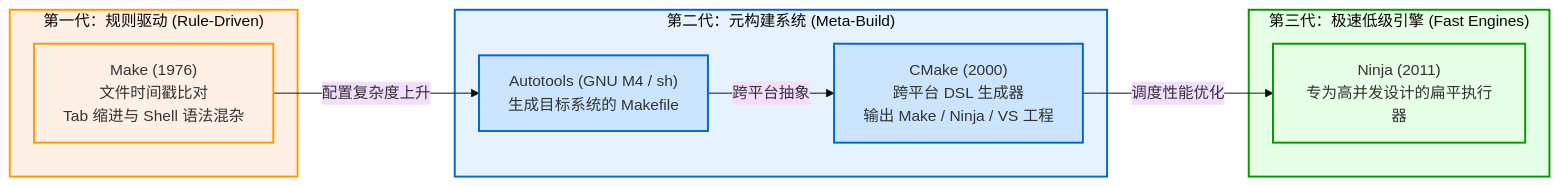
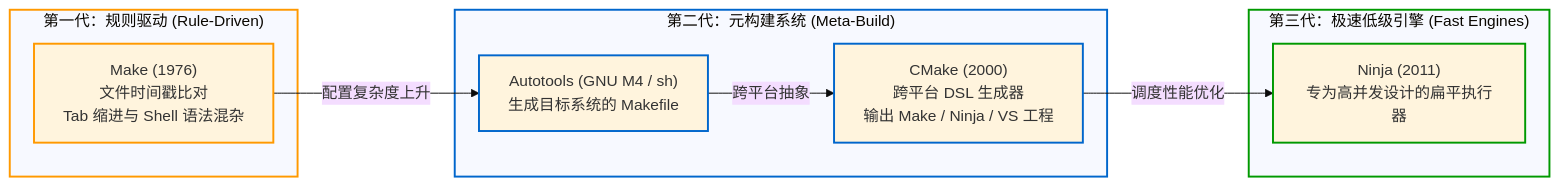
Before and after one commit to jiacai2050/x: the first of 2 diagrams in zig-build/src/philosophy/history-and-pain-points.md, drawn with Mermaid (base theme). The commit also changed other lines of this file and 65 other files, not shown here.

````diff
--- a/zig-build/src/philosophy/history-and-pain-points.md
+++ b/zig-build/src/philosophy/history-and-pain-points.md
@@ -11,28 +11,28 @@
 ```mermaid
 graph LR
     subgraph S_Gen1 ["第一代：规则驱动 (Rule-Driven)"]
         G1_Make["Make (1976)<br/>文件时间戳比对<br/>Tab 缩进与 Shell 语法混杂"]
     end
 
     subgraph S_Gen2 ["第二代：元构建系统 (Meta-Build)"]
         G2_Auto["Autotools (GNU M4 / sh)<br/>生成目标系统的 Makefile"]
         G2_CMake["CMake (2000)<br/>跨平台 DSL 生成器<br/>输出 Make / Ninja / VS 工程"]
     end
 
     subgraph S_Gen3 ["第三代：极速低级引擎 (Fast Engines)"]
         G3_Ninja["Ninja (2011)<br/>专为高并发设计的扁平执行器"]
     end
 
     G1_Make -- "配置复杂度上升" --> G2_Auto
     G2_Auto -- "跨平台抽象" --> G2_CMake
     G2_CMake -- "调度性能优化" --> G3_Ninja
 
-    classDef default fill:#f8f9fa,stroke:#495057;
-    style S_Gen1 fill:#fff0e6,stroke:#ff9900,stroke-width:2px;
-    style S_Gen2 fill:#e6f3ff,stroke:#0066cc,stroke-width:2px;
-    style S_Gen3 fill:#e6ffe6,stroke:#009900,stroke-width:2px;
-    style G1_Make fill:#fff0e6,stroke:#ff9900,stroke-width:2px;
-    style G2_Auto fill:#cce5ff,stroke:#0066cc,stroke-width:2px;
-    style G2_CMake fill:#cce5ff,stroke:#0066cc,stroke-width:2px;
-    style G3_Ninja fill:#e6ffe6,stroke:#009900,stroke-width:2px;
+    classDef default stroke:#495057;
+    style S_Gen1 stroke:#ff9900,stroke-width:2px;
+    style S_Gen2 stroke:#0066cc,stroke-width:2px;
+    style S_Gen3 stroke:#009900,stroke-width:2px;
+    style G1_Make stroke:#ff9900,stroke-width:2px;
+    style G2_Auto stroke:#0066cc,stroke-width:2px;
+    style G2_CMake stroke:#0066cc,stroke-width:2px;
+    style G3_Ninja stroke:#009900,stroke-width:2px;
 ```
````
